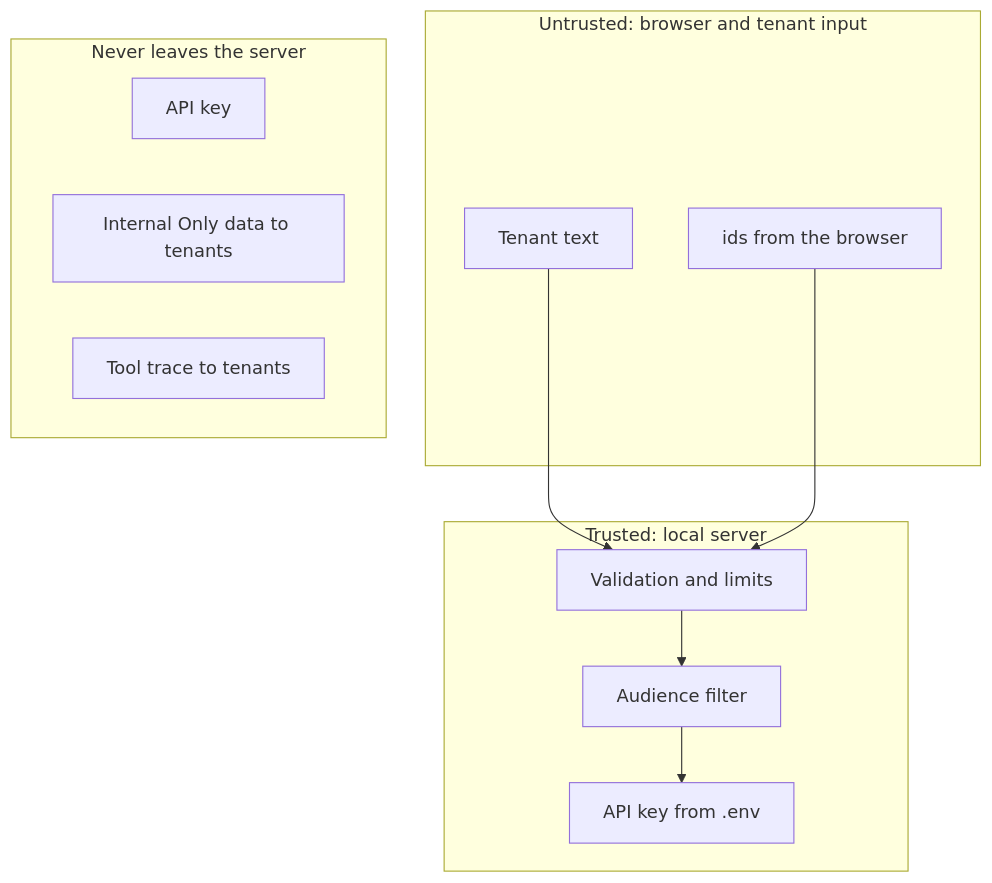
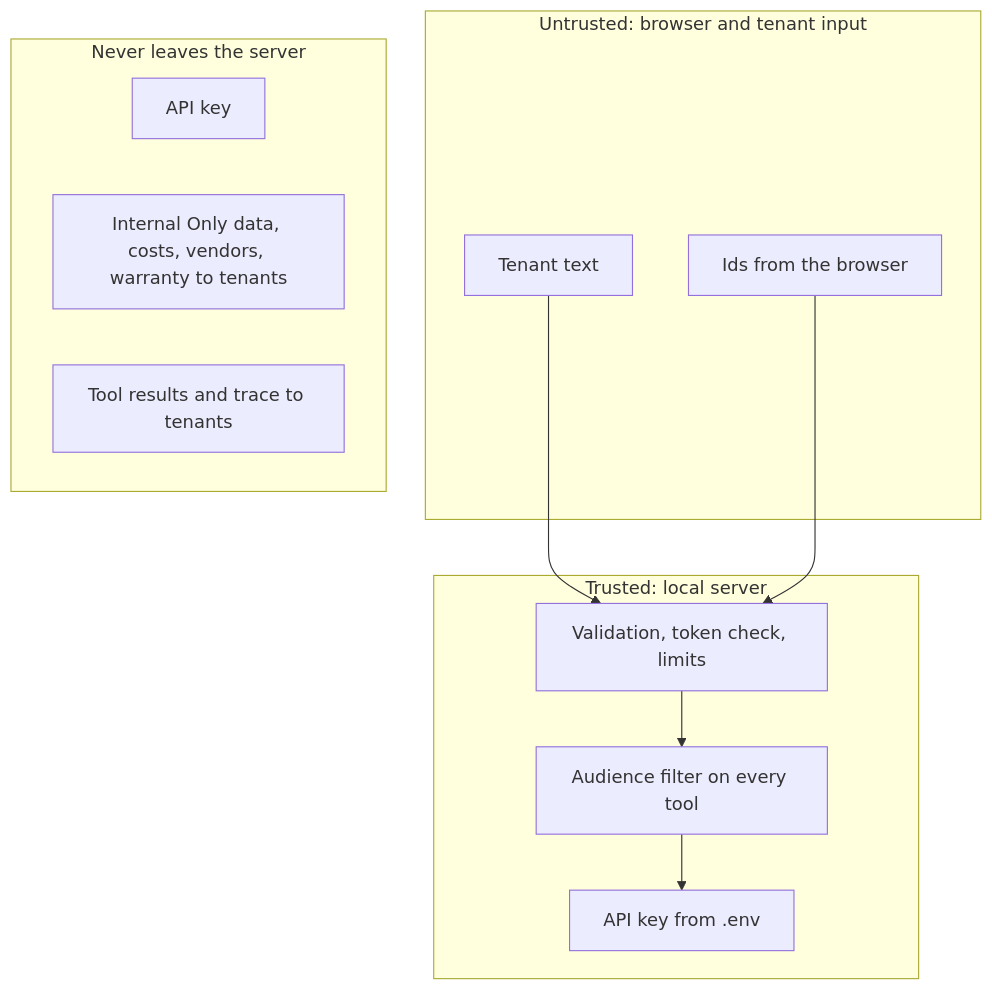
One commit to stavdayan-netizen/Dashboard-Practice changed the sixth of 6 diagrams in Architecture.md. Above: the diagram before and after it, drawn with Mermaid. The commit also changed other lines of this file and 5 other files, not shown here.

Commit message:
Docs: course submission - rewrite agent design in SPEC.md, add information-flow diagram, trigger and output to Architecture.md, bonus statement in README; rename SPEC.MD to SPEC.md

````diff
--- a/Architecture.md
+++ b/Architecture.md
@@ -175,21 +200,21 @@
 ```mermaid
 flowchart TB
   subgraph Untrusted["Untrusted: browser and tenant input"]
     U1["Tenant text"]
-    U2["ids from the browser"]
+    U2["Ids from the browser"]
   end
   subgraph Server["Trusted: local server"]
-    V["Validation and limits"]
-    P["Audience filter"]
+    V["Validation, token check, limits"]
+    P["Audience filter on every tool"]
     K["API key from .env"]
   end
   subgraph Out["Never leaves the server"]
     O1["API key"]
-    O2["Internal Only data to tenants"]
-    O3["Tool trace to tenants"]
+    O2["Internal Only data, costs, vendors, warranty to tenants"]
+    O3["Tool results and trace to tenants"]
   end
   U1 --> V
   U2 --> V
   V --> P
   P --> K
 ```
````
